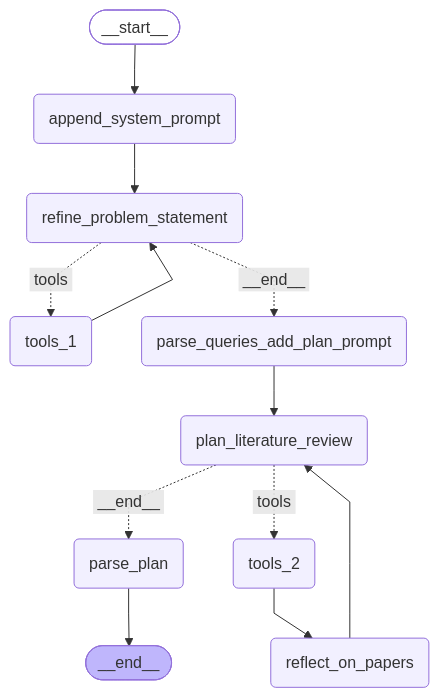
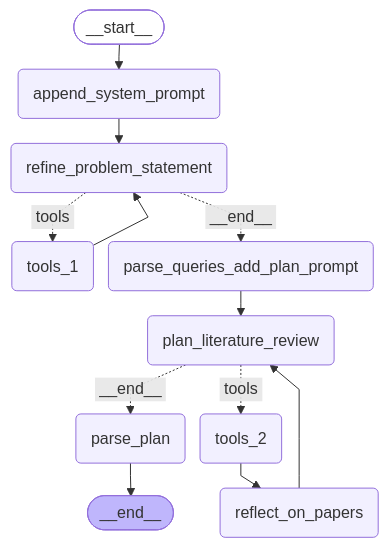
One commit to flatala/langgraph-research changed the diagram in graph_diagrams/planning_graph.mmd. Above: the diagram before and after it, drawn with Mermaid. The commit also changed 9 other files, not shown here.

Commit message:
reposition graphs

```diff
--- a/graph_diagrams/planning_graph.mmd
+++ b/graph_diagrams/planning_graph.mmd
@@ -1,30 +1,32 @@
 ---
 config:
   flowchart:
     curve: linear
+    nodeSpacing: 15
+    rankSpacing: 25
 ---
 graph TD;
 	__start__([<p>__start__</p>]):::first
 	append_system_prompt(append_system_prompt)
 	refine_problem_statement(refine_problem_statement)
 	tools_1(tools_1)
 	parse_queries_add_plan_prompt(parse_queries_add_plan_prompt)
 	plan_literature_review(plan_literature_review)
 	tools_2(tools_2)
 	reflect_on_papers(reflect_on_papers)
 	parse_plan(parse_plan)
 	__end__([<p>__end__</p>]):::last
 	__start__ --> append_system_prompt;
 	append_system_prompt --> refine_problem_statement;
 	parse_queries_add_plan_prompt --> plan_literature_review;
 	plan_literature_review -. &nbsp;__end__&nbsp; .-> parse_plan;
 	plan_literature_review -. &nbsp;tools&nbsp; .-> tools_2;
 	refine_problem_statement -. &nbsp;__end__&nbsp; .-> parse_queries_add_plan_prompt;
 	refine_problem_statement -. &nbsp;tools&nbsp; .-> tools_1;
 	reflect_on_papers --> plan_literature_review;
 	tools_1 --> refine_problem_statement;
 	tools_2 --> reflect_on_papers;
 	parse_plan --> __end__;
 	classDef default fill:#f2f0ff,line-height:1.2
 	classDef first fill-opacity:0
 	classDef last fill:#bfb6fc
```
